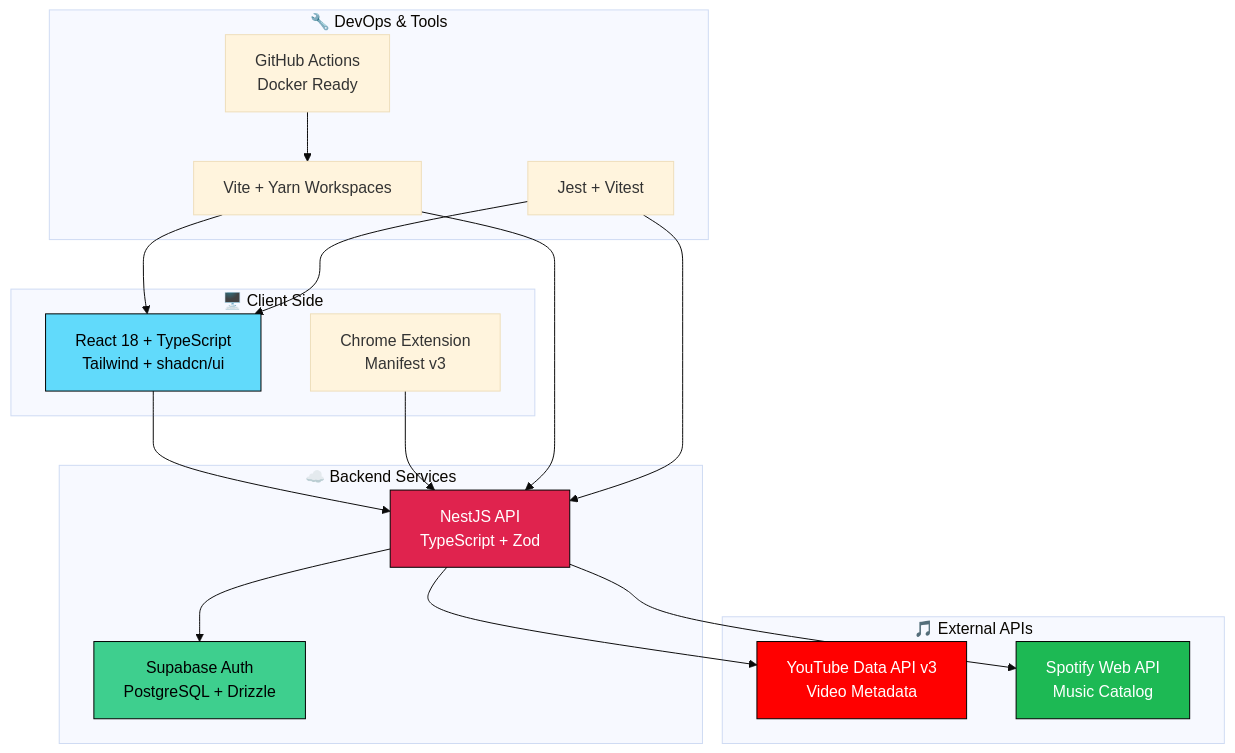
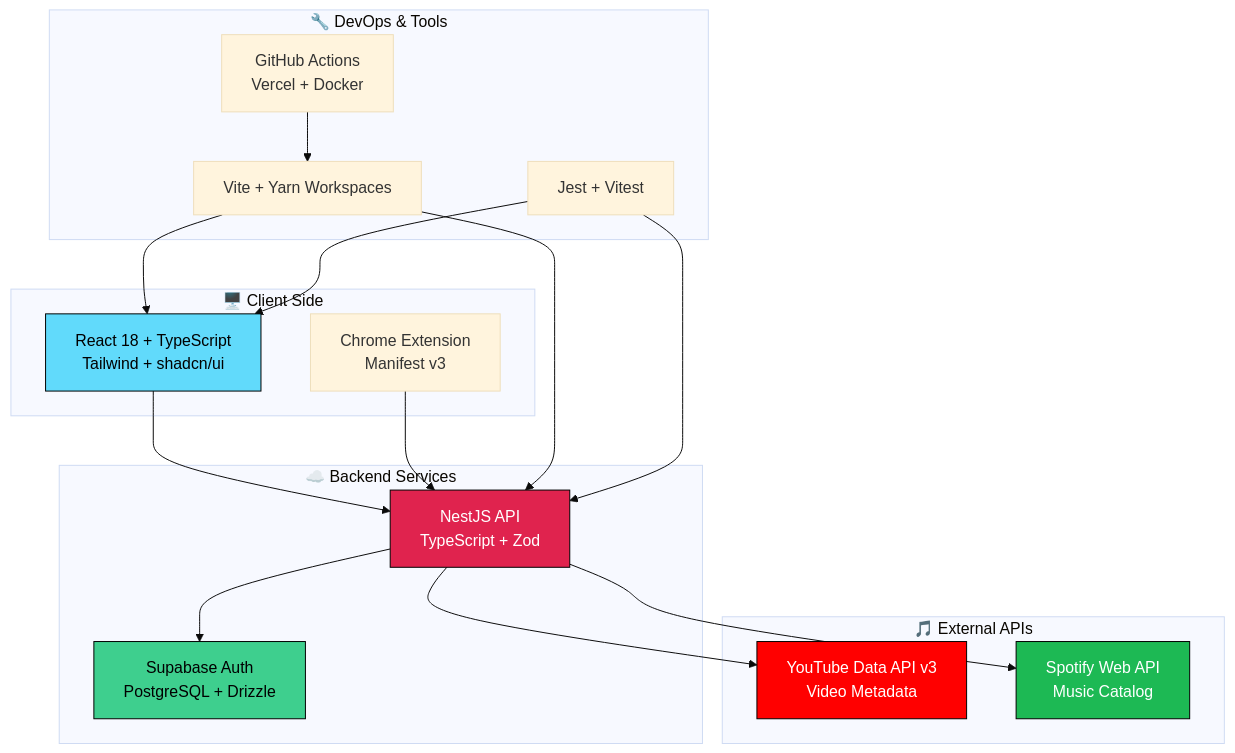
The diagram in docs/architecture.mmd (prismaymedia/linkfy), drawn with Mermaid (base theme) before and after one commit. The commit also changed 10 other files, not shown here.

```diff
--- a/docs/architecture.mmd
+++ b/docs/architecture.mmd
@@ -1,39 +1,39 @@
 graph TB
     subgraph "🖥️ Client Side"
         UI[React 18 + TypeScript<br/>Tailwind + shadcn/ui]
         EXT[Chrome Extension<br/>Manifest v3]
     end
     
     subgraph "☁️ Backend Services"
         API[NestJS API<br/>TypeScript + Zod]
         AUTH[Supabase Auth<br/>PostgreSQL + Drizzle]
     end
     
     subgraph "🎵 External APIs"
         YT[YouTube Data API v3<br/>Video Metadata]
         SP[Spotify Web API<br/>Music Catalog]
     end
     
     subgraph "🔧 DevOps & Tools"
         BUILD[Vite + Yarn Workspaces]
         TEST[Jest + Vitest]
-        DEPLOY[GitHub Actions<br/>Docker Ready]
+        DEPLOY[GitHub Actions<br/>Vercel + Docker]
     end
     
     UI --> API
     EXT --> API
     API --> AUTH
     API --> YT
     API --> SP
     
     BUILD --> UI
     BUILD --> API
     TEST --> UI
     TEST --> API
     DEPLOY --> BUILD
     
     style UI fill:#61DAFB,stroke:#000,color:#000
     style API fill:#E0234E,stroke:#000,color:#fff
     style YT fill:#FF0000,stroke:#000,color:#fff
     style SP fill:#1DB954,stroke:#000,color:#fff
     style AUTH fill:#3ECF8E,stroke:#000,color:#000
```
